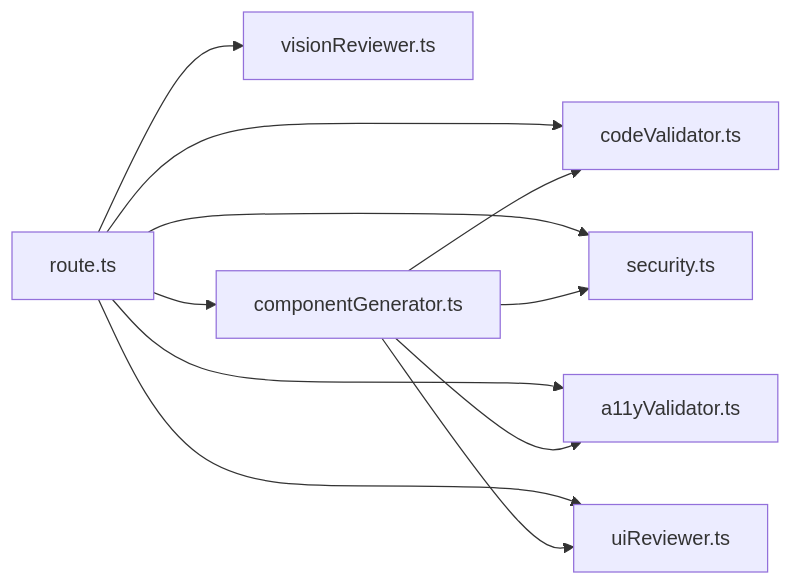
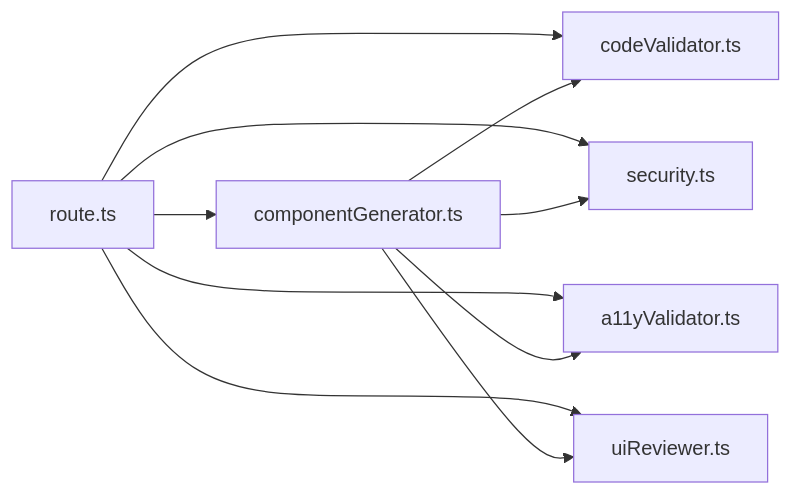
Before and after one commit to shekhargiri005-dotcom/AI-powered-accessibility-first-UI-engine: the eighth of 8 diagrams in .qoder/repowiki/en/content/AI Generation Engine/Core Generation Pipeline/Validation & Repair System.md, drawn with Mermaid. The commit also changed other lines of this file and 38 other files, not shown here.

````diff
--- a/.qoder/repowiki/en/content/AI Generation Engine/Core Generation Pipeline/Validation & Repair System.md
+++ b/.qoder/repowiki/en/content/AI Generation Engine/Core Generation Pipeline/Validation & Repair System.md
@@ -379,13 +351,12 @@
 ```mermaid
 graph LR
 Route["route.ts"] --> CV["codeValidator.ts"]
 Route --> SEC["security.ts"]
 Route --> AV["a11yValidator.ts"]
 Route --> UR["uiReviewer.ts"]
-Route --> VR["visionReviewer.ts"]
 Route --> CG["componentGenerator.ts"]
 CG --> CV
 CG --> UR
 CG --> AV
 CG --> SEC
 ```
````
